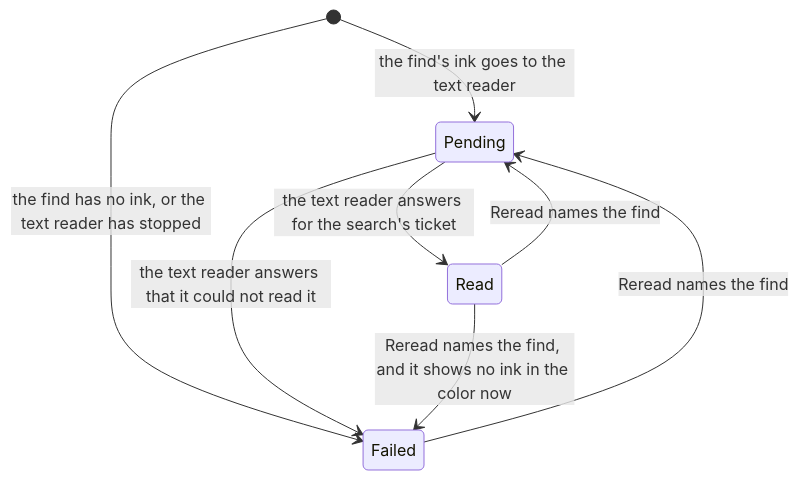
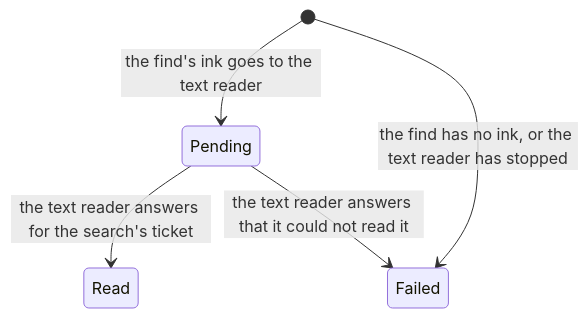
Before and after one commit to TheLunchTrae/appy-tappy: diagram 42 of 54 in wiki/State-machines.md, drawn with Mermaid. The commit also changed other lines of this file and 111 other files, not shown here.

````diff
--- a/wiki/State-machines.md
+++ b/wiki/State-machines.md
@@ -2881,10 +2866,7 @@
 ```mermaid
 stateDiagram-v2
     [*] --> Pending: the find's ink goes to the text reader
     [*] --> Failed: the find has no ink, or the text reader has stopped
     Pending --> Read: the text reader answers for the search's ticket
     Pending --> Failed: the text reader answers that it could not read it
-    Read --> Pending: Reread names the find
-    Failed --> Pending: Reread names the find
-    Read --> Failed: Reread names the find, and it shows no ink in the color now
 ```
````
